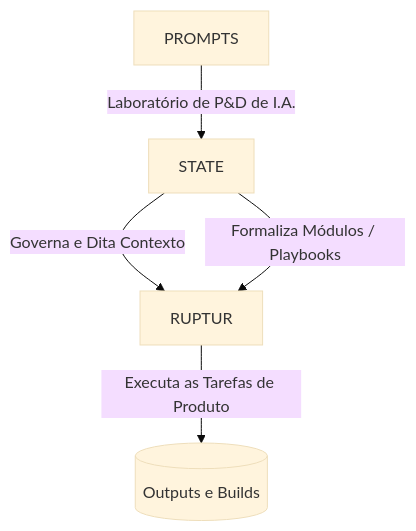
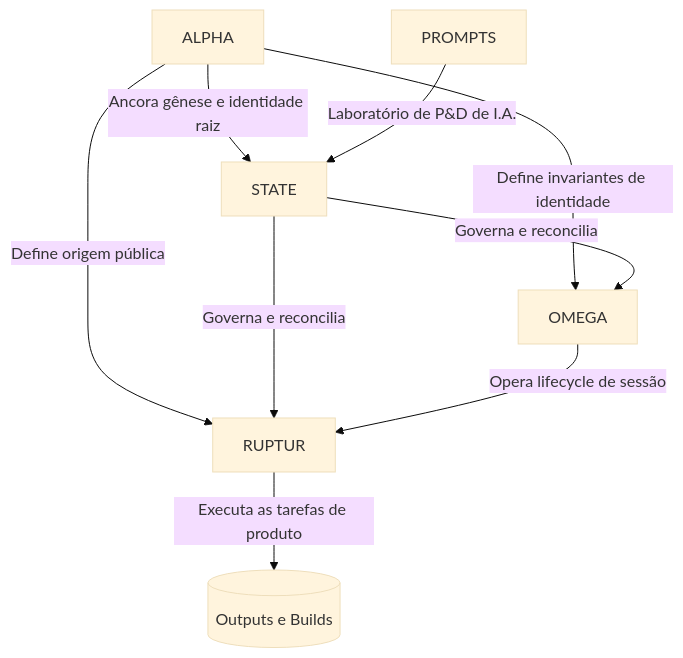
The diagram in ecosystem/topology.md (tiatendeai/state), drawn with Mermaid (base theme) before and after one commit. The commit also changed other lines of this file and 1 other file, not shown here.

Commit message:
docs(state): registra alpha e omega na topologia oficial

````diff
--- a/ecosystem/topology.md
+++ b/ecosystem/topology.md
@@ -7,7 +7,11 @@
 ```mermaid
 graph TD;
-  S[STATE] -->|Governa e Dita Contexto| R[RUPTUR]
+  A[ALPHA] -->|Ancora gênese e identidade raiz| S[STATE]
+  A -->|Define invariantes de identidade| O[OMEGA]
+  A -->|Define origem pública| R[RUPTUR]
+  S -->|Governa e reconcilia| O
+  S -->|Governa e reconcilia| R
+  O -->|Opera lifecycle de sessão| R
   P[PROMPTS] -->|Laboratório de P&D de I.A.| S
-  S -->|Formaliza Módulos / Playbooks| R
-  R -->|Executa as Tarefas de Produto| D[(Outputs e Builds)]
+  R -->|Executa as tarefas de produto| D[(Outputs e Builds)]
 ```
````
